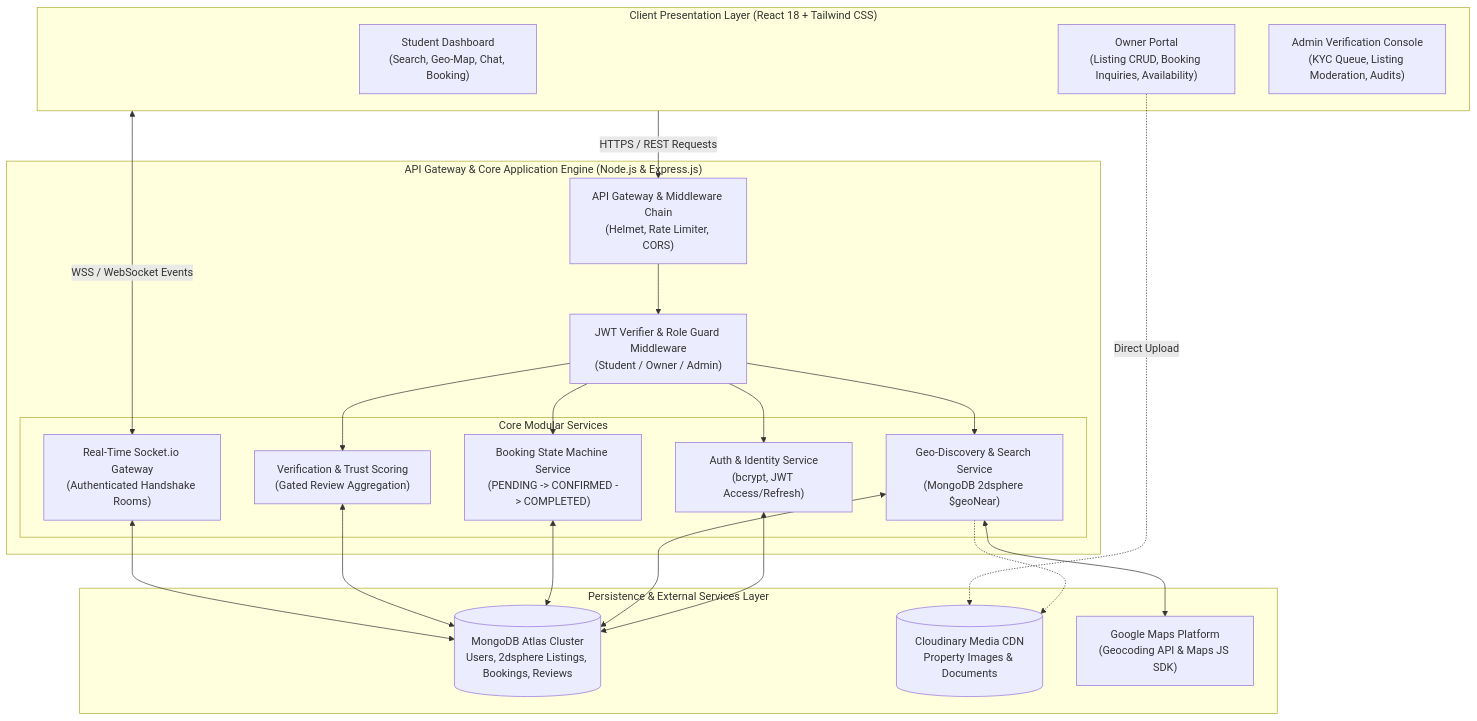
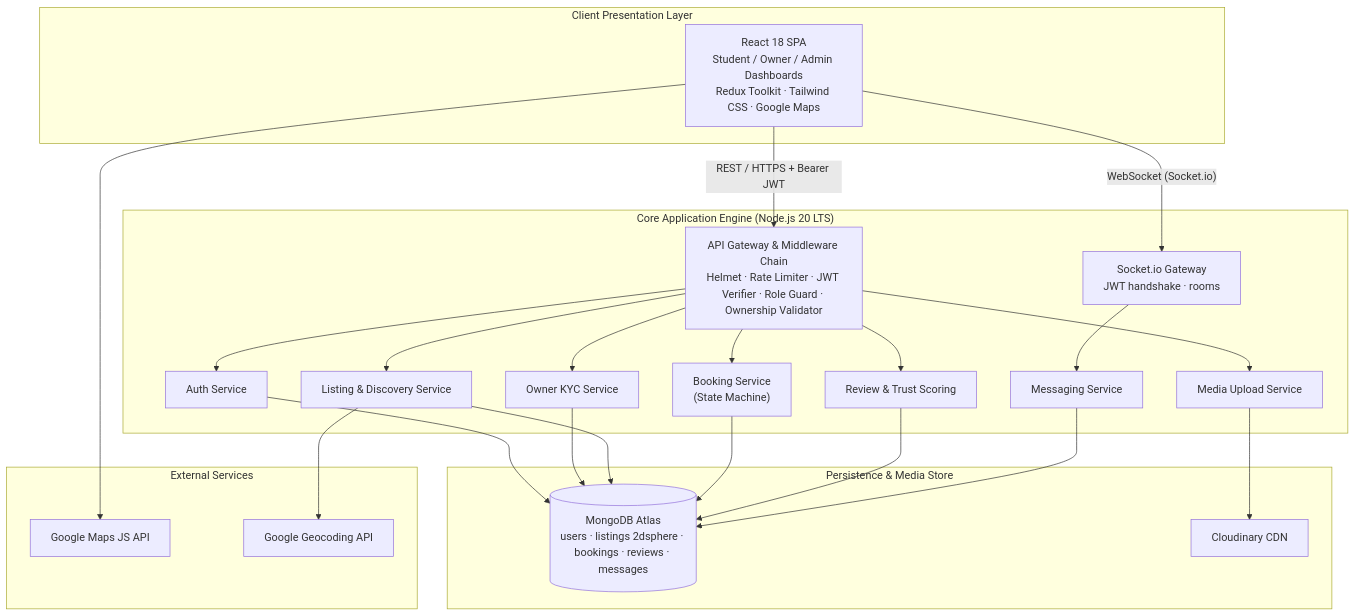
The first of 4 diagrams in README.md (Aniket7a/thapar-pg-finder), drawn with Mermaid before and after one commit. The commit also changed other lines of this file and 13 other files, not shown here.

````diff
--- a/README.md
+++ b/README.md
@@ -67,44 +112,37 @@
 ```mermaid
-flowchart TD
-    subgraph ClientLayer ["Client Presentation Layer (React 18 + Tailwind CSS)"]
-        UI_Student["Student Dashboard\n(Search, Geo-Map, Chat, Booking)"]
-        UI_Owner["Owner Portal\n(Listing CRUD, Booking Inquiries, Availability)"]
-        UI_Admin["Admin Verification Console\n(KYC Queue, Listing Moderation, Audits)"]
+flowchart TB
+    subgraph Client["Client Presentation Layer"]
+        A["React 18 SPA<br/>Student / Owner / Admin Dashboards<br/>Redux Toolkit · Tailwind CSS · Google Maps"]
     end
 
-    subgraph APILayer ["API Gateway & Core Application Engine (Node.js & Express.js)"]
-        GW["API Gateway & Middleware Chain\n(Helmet, Rate Limiter, CORS)"]
-        AuthMid["JWT Verifier & Role Guard Middleware\n(Student / Owner / Admin)"]
-        
-        subgraph Microservices ["Core Modular Services"]
-            Svc_Auth["Auth & Identity Service\n(bcrypt, JWT Access/Refresh)"]
-            Svc_Geo["Geo-Discovery & Search Service\n(MongoDB 2dsphere $geoNear)"]
-            Svc_Booking["Booking State Machine Service\n(PENDING -> CONFIRMED -> COMPLETED)"]
-            Svc_Trust["Verification & Trust Scoring\n(Gated Review Aggregation)"]
-            Svc_Chat["Real-Time Socket.io Gateway\n(Authenticated Handshake Rooms)"]
-        end
+    subgraph Core["Core Application Engine (Node.js 20 LTS)"]
+        B["API Gateway & Middleware Chain<br/>Helmet · Rate Limiter · JWT Verifier · Role Guard · Ownership Validator"]
+        C["Auth Service"]
+        D["Owner KYC Service"]
+        E["Listing & Discovery Service"]
+        F["Booking Service<br/>(State Machine)"]
+        G["Review & Trust Scoring"]
+        H["Media Upload Service"]
+        I["Socket.io Gateway<br/>JWT handshake · rooms"]
+        J["Messaging Service"]
     end
 
-    subgraph DataLayer ["Persistence & External Services Layer"]
-        DB_Mongo[(MongoDB Atlas Cluster\nUsers, 2dsphere Listings, Bookings, Reviews)]
-        CDN_Cloudinary[("Cloudinary Media CDN\nProperty Images & Documents")]
-        API_Maps["Google Maps Platform\n(Geocoding API & Maps JS SDK)"]
+    subgraph Data["Persistence & Media Store"]
+        K[("MongoDB Atlas<br/>users · listings 2dsphere · bookings · reviews · messages")]
+        L["Cloudinary CDN"]
     end
 
-    ClientLayer -->|"HTTPS / REST Requests"| GW
-    ClientLayer <-->|"WSS / WebSocket Events"| Svc_Chat
-    GW --> AuthMid
-    AuthMid --> Svc_Auth
-    AuthMid --> Svc_Geo
-    AuthMid --> Svc_Booking
-    AuthMid --> Svc_Trust
+    subgraph Ext["External Services"]
+        M["Google Maps JS API"]
+        N["Google Geocoding API"]
+    end
 
-    Svc_Auth <--> DB_Mongo
-    Svc_Geo <--> DB_Mongo
-    Svc_Geo <--> API_Maps
-    Svc_Booking <--> DB_Mongo
-    Svc_Trust <--> DB_Mongo
-    Svc_Chat <--> DB_Mongo
-    Svc_Geo -.-> CDN_Cloudinary
-    UI_Owner -.->|"Direct Upload"| CDN_Cloudinary
+    A -- "REST / HTTPS + Bearer JWT" --> B
+    A -- "WebSocket (Socket.io)" --> I
+    A --> M
+    B --> C & D & E & F & G & H
+    I --> J
+    C & D & E & F & G & J --> K
+    H --> L
+    E --> N
 ```
````
